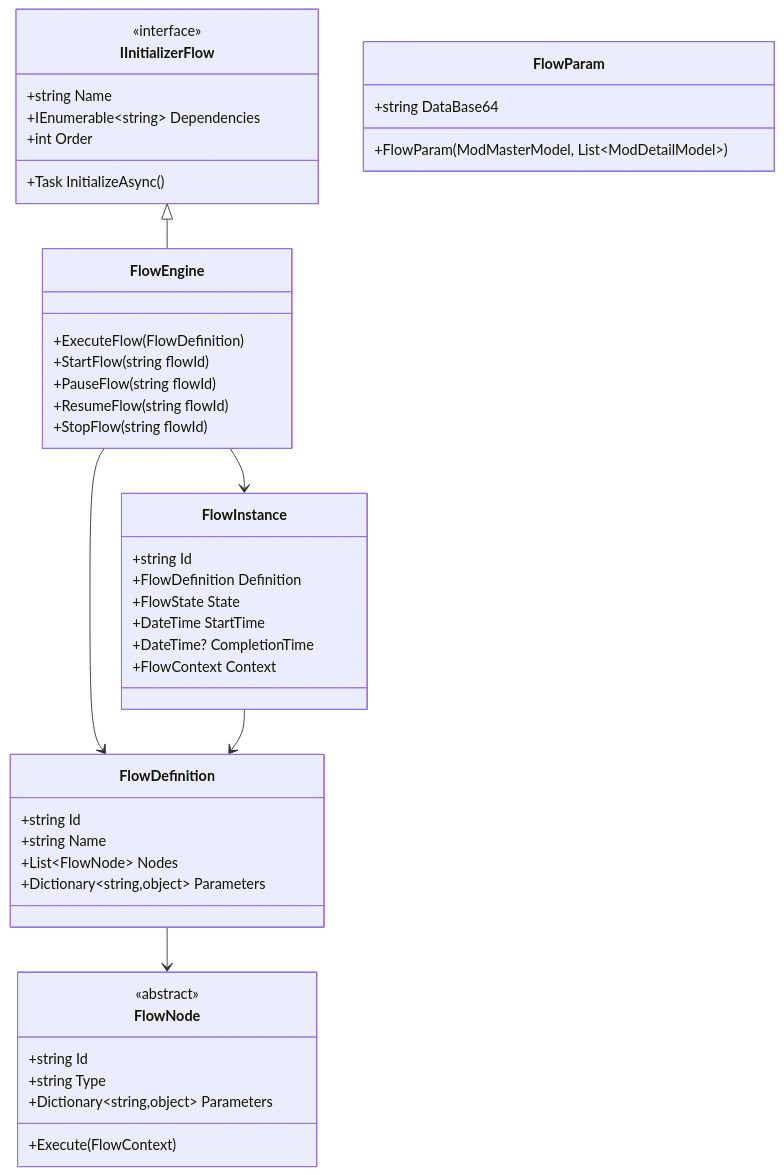
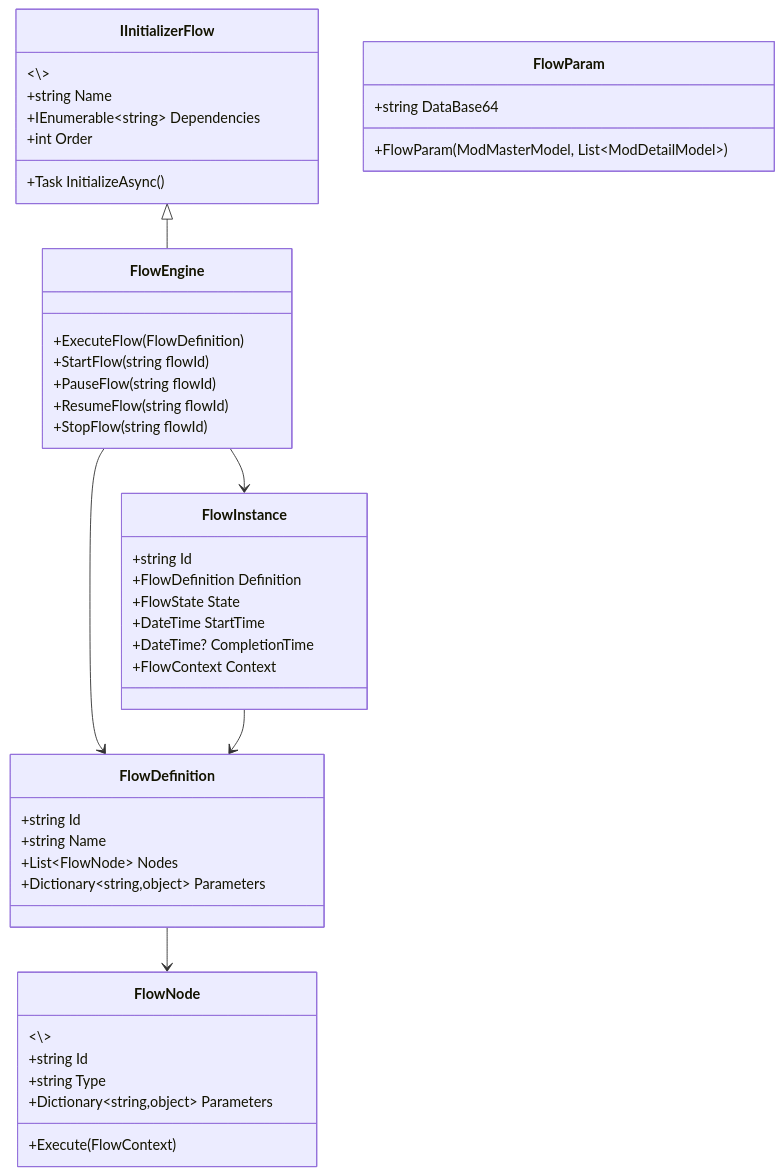
Before and after one commit to xincheng213618/scgd_general_wpf: the second of 5 diagrams in docs/flow-engine/flow-engine-overview.md, drawn with Mermaid. The commit also changed other lines of this file and 70 other files, not shown here.

````diff
--- a/docs/flow-engine/flow-engine-overview.md
+++ b/docs/flow-engine/flow-engine-overview.md
@@ -88,53 +88,53 @@
 ```mermaid
 classDiagram
     class IInitializerFlow {
-        <<interface>>
+        <\<interface>\>
         +string Name
         +IEnumerable~string~ Dependencies
         +int Order
         +Task InitializeAsync()
     }
     
     class FlowParam {
         +string DataBase64
         +FlowParam(ModMasterModel, List~ModDetailModel~)
     }
     
     class FlowEngine {
         +ExecuteFlow(FlowDefinition)
         +StartFlow(string flowId)
         +PauseFlow(string flowId)
         +ResumeFlow(string flowId)
         +StopFlow(string flowId)
     }
     
     class FlowDefinition {
         +string Id
         +string Name
         +List~FlowNode~ Nodes
         +Dictionary~string,object~ Parameters
     }
     
     class FlowInstance {
         +string Id
         +FlowDefinition Definition
         +FlowState State
         +DateTime StartTime
         +DateTime? CompletionTime
         +FlowContext Context
     }
     
     class FlowNode {
-        <<abstract>>
+        <\<abstract>\>
         +string Id
         +string Type
         +Dictionary~string,object~ Parameters
         +Execute(FlowContext)
     }
     
     IInitializerFlow <|-- FlowEngine
     FlowEngine --> FlowDefinition
     FlowEngine --> FlowInstance
     FlowDefinition --> FlowNode
     FlowInstance --> FlowDefinition
 ```
````
